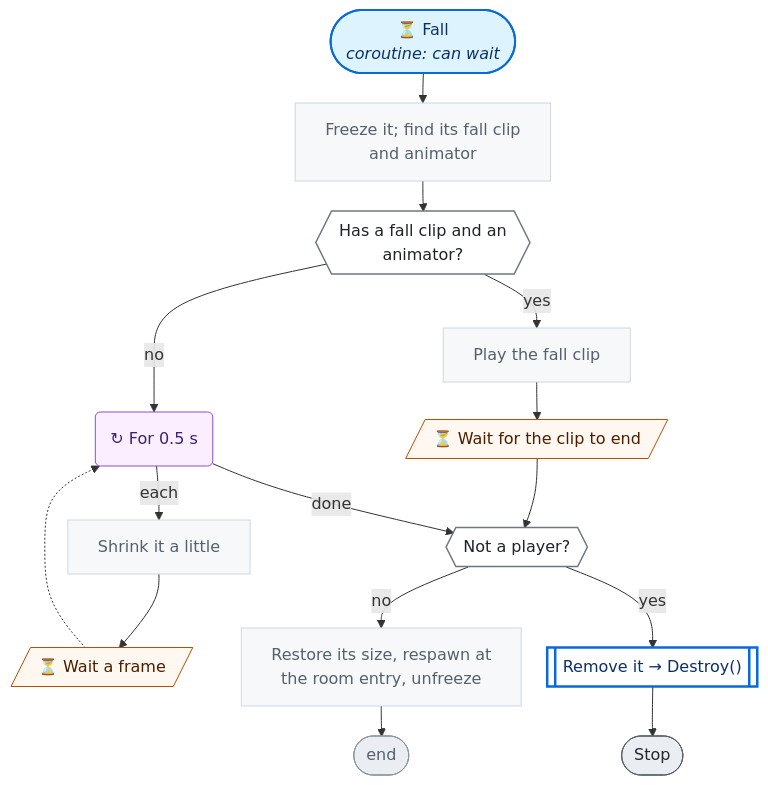
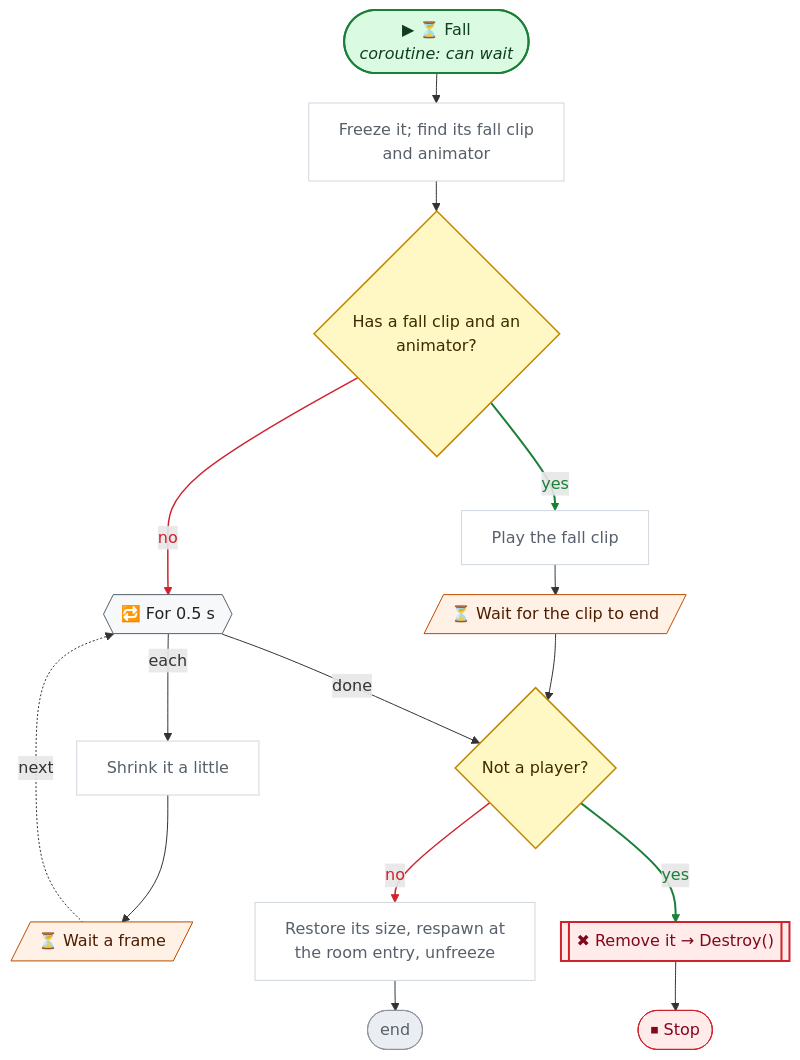
The third of 3 diagrams in CodeGraph~/graph/Map/Hole.cs.md (nataiai/Lord-of-the-Dungeon), drawn with Mermaid before and after one commit. The commit also changed other lines of this file and 44 other files, not shown here.

````diff
--- a/CodeGraph~/graph/Map/Hole.cs.md
+++ b/CodeGraph~/graph/Map/Hole.cs.md
@@ -103,55 +109,63 @@
 ```mermaid
 ---
 config:
   flowchart:
     wrappingWidth: 260
     nodeSpacing: 26
     rankSpacing: 30
 ---
 flowchart TD
-  nS(["⏳ Fall<br><i>coroutine: can wait</i>"])
+  nS(["▶ ⏳ Fall<br><i>coroutine: can wait</i>"])
   nfc587d["Freeze it; find its fall clip<br>and animator"]
-  nbbdef8{{"Has a fall clip and an<br>animator?"}}
+  nbbdef8{"Has a fall clip and an<br>animator?"}
   n8efc72["Play the fall clip"]
   naa312b[/"⏳ Wait for the clip to end"/]
-  n0f4e9e("  ↻ For 0.5 s  ")
+  n0f4e9e{{"🔁 For 0.5 s"}}
   nc1664e["Shrink it a little"]
   nb3bf40[/"⏳ Wait a frame"/]
-  n76f92d{{"Not a player?"}}
-  n885d6b[["Remove it → Destroy()"]]
+  n76f92d{"Not a player?"}
+  n885d6b[["✖ Remove it → Destroy()"]]
   n3349eb["Restore its size, respawn at<br>the room entry, unfreeze"]
   nE(["end"])
-  nb26d12(["Stop"])
+  nb26d12(["⏹ Stop"])
   nS --> nfc587d
   nfc587d --> nbbdef8
   nbbdef8 -->|yes| n8efc72
   n8efc72 --> naa312b
   nbbdef8 -->|no| n0f4e9e
   n0f4e9e -->|each| nc1664e
   nc1664e --> nb3bf40
-  nb3bf40 -.-> n0f4e9e
+  nb3bf40 -.->|next| n0f4e9e
   naa312b --> n76f92d
   n0f4e9e -->|done| n76f92d
   n885d6b --> nb26d12
   n76f92d -->|no| n3349eb
   n76f92d -->|yes| n885d6b
   n3349eb --> nE
-  classDef unity fill:#fff1c2,stroke:#9a6700,stroke-width:2px,color:#3b2300
-  classDef start fill:#ddf4ff,stroke:#0969da,stroke-width:2px,color:#0a3069
-  classDef calc fill:#f6f8fa,stroke:#d0d7de,color:#57606a
-  classDef calls fill:#ffffff,stroke:#0969da,stroke-width:2.5px,color:#0a3069
-  classDef cond fill:#ffffff,stroke:#6e7781,stroke-width:1.5px,color:#1f2328
-  classDef loop fill:#fbefff,stroke:#8250df,color:#3e1f79
-  classDef exit fill:#eaeef2,stroke:#57606a,color:#24292f
-  classDef wait fill:#fff8f0,stroke:#bc4c00,color:#4d1d00
+  linkStyle 2 stroke:#1a7f37,stroke-width:2px,color:#1a7f37
+  linkStyle 4 stroke:#cf222e,stroke-width:1.5px,color:#cf222e
+  linkStyle 11 stroke:#cf222e,stroke-width:1.5px,color:#cf222e
+  linkStyle 12 stroke:#1a7f37,stroke-width:2px,color:#1a7f37
+  classDef unity fill:#dafbe1,stroke:#1a7f37,stroke-width:2px,color:#0f3d1d
+  classDef start fill:#dafbe1,stroke:#1a7f37,stroke-width:2px,color:#0f3d1d
+  classDef calc fill:#ffffff,stroke:#d0d7de,color:#57606a
+  classDef calls fill:#ddf4ff,stroke:#0969da,stroke-width:2px,color:#0a3069
+  classDef ext fill:#ddf4ff,stroke:#0969da,stroke-width:2px,stroke-dasharray:5 3,color:#0a3069
+  classDef cond fill:#fff8c5,stroke:#bf8700,stroke-width:1.5px,color:#3d2a00
+  classDef loop fill:#f6f8fa,stroke:#57606a,color:#1f2328
+  classDef exit fill:#ffebe9,stroke:#cf222e,color:#82071e
+  classDef kill fill:#ffebe9,stroke:#cf222e,stroke-width:2px,color:#82071e
+  classDef spawn fill:#dafbe1,stroke:#1a7f37,stroke-width:2px,color:#0f3d1d
+  classDef wait fill:#fff1e5,stroke:#bc4c00,color:#4d1d00
   classDef fin fill:#eaeef2,stroke:#8c959f,color:#57606a
   classDef join fill:#d0d7de,stroke:#8c959f,color:#57606a
+  classDef ghdr fill:#f5f9ff,stroke:#f5f9ff,color:#0a3069,font-weight:bold
   class nfc587d,n8efc72,nc1664e,n3349eb calc
-  class n885d6b calls
   class nbbdef8,n76f92d cond
   class nb26d12 exit
   class nE fin
+  class n885d6b kill
   class n0f4e9e loop
   class nS start
   class naa312b,nb3bf40 wait
 ```
````
